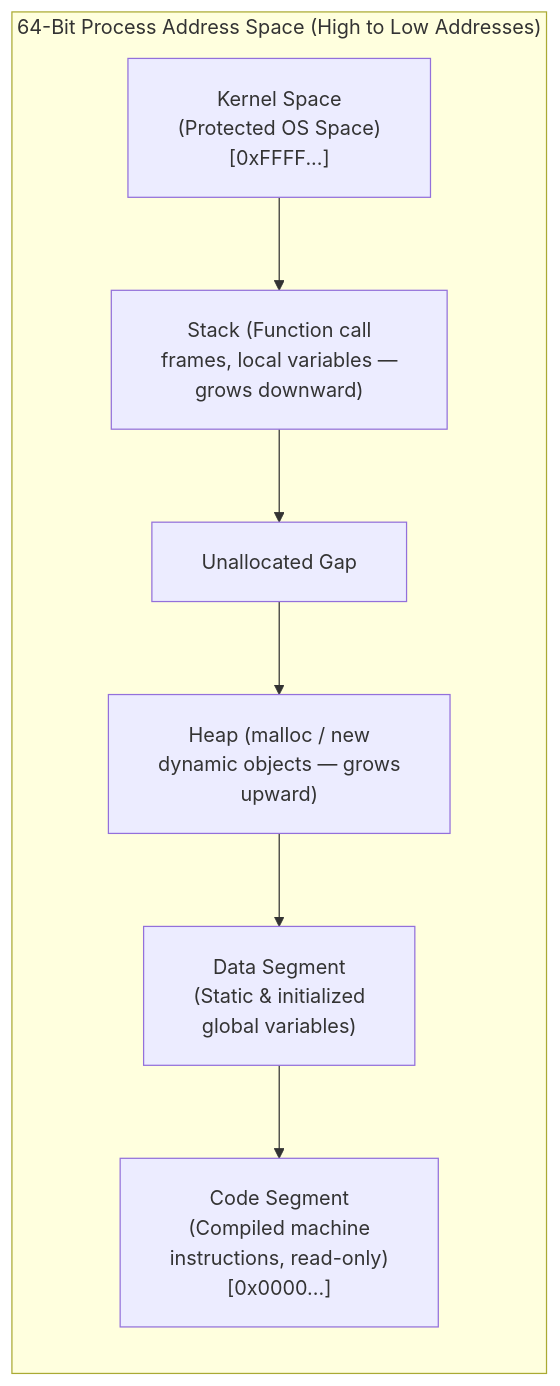
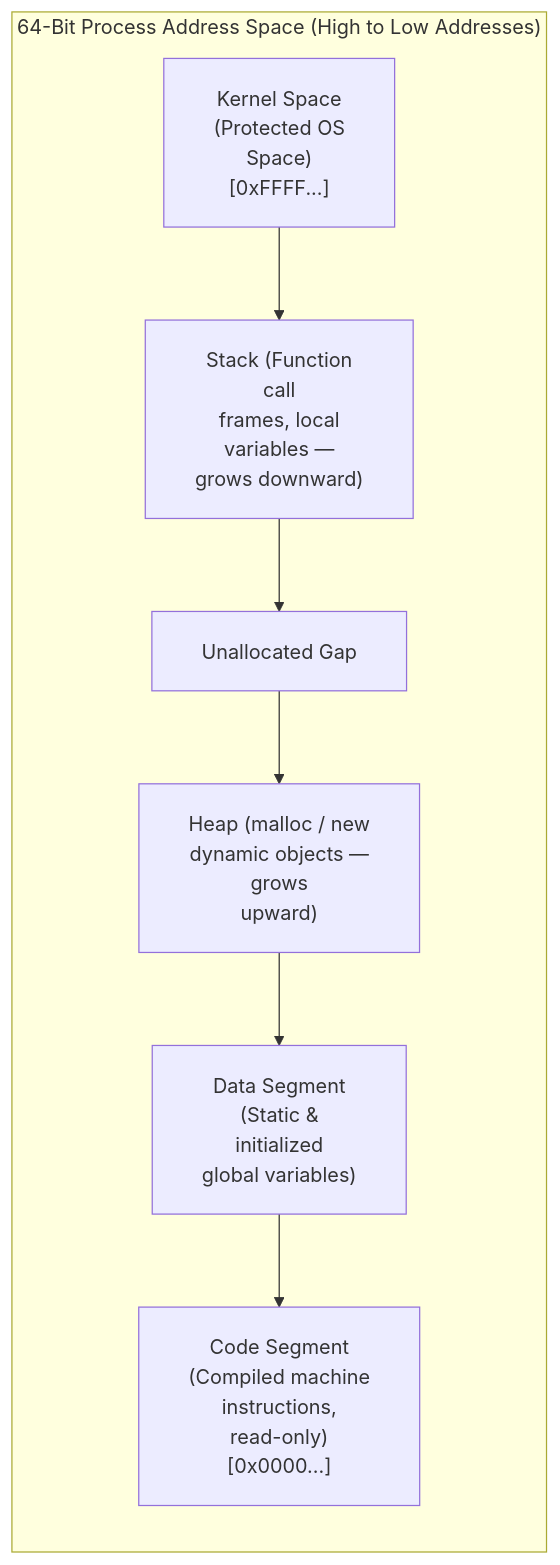
One commit to dip4k/DSA_102 changed the second of 3 diagrams in week_01_foundations_i_computational_fundamentals/Week_01_Visual_Concepts_Playbook_HYBRID.md. Above: the diagram before and after it, drawn with Mermaid. The commit also changed other lines of this file and 106 other files, not shown here.

First line of the commit message:
fix(mermaid): prevent text clipping with foreignObject overflow and tighter line wrapping

````diff
--- a/week_01_foundations_i_computational_fundamentals/Week_01_Visual_Concepts_Playbook_HYBRID.md
+++ b/week_01_foundations_i_computational_fundamentals/Week_01_Visual_Concepts_Playbook_HYBRID.md
@@ -83,14 +83,14 @@
 ```mermaid
-%%{init: {"flowchart": {"htmlLabels": true, "padding": 20}}}%%
+%%{init: {"flowchart": {"htmlLabels": true, "padding": 20}, "themeCSS": "foreignObject { overflow: visible !important; }"}}%%
 flowchart TD
     subgraph AddressSpace["64-Bit Process Address Space (High to Low Addresses)"]
         direction TB
-        K["Kernel Space<br/>(Protected OS Space)<br/>[0xFFFF...]"]
-        S["Stack (Function call<br/>frames, local variables —<br/>grows downward)"]
+        K["Kernel Space<br/>(Protected OS<br/>Space)<br/>[0xFFFF...]"]
+        S["Stack (Function<br/>call<br/>frames, local<br/>variables —<br/>grows downward)"]
         Gap["Unallocated Gap"]
-        H["Heap (malloc / new<br/>dynamic objects — grows<br/>upward)"]
-        D["Data Segment<br/>(Static & initialized<br/>global variables)"]
-        C["Code Segment<br/>(Compiled machine<br/>instructions, read-only)<br/>[0x0000...]"]
+        H["Heap (malloc / new<br/>dynamic objects —<br/>grows<br/>upward)"]
+        D["Data Segment<br/>(Static &<br/>initialized<br/>global variables)"]
+        C["Code Segment<br/>(Compiled machine<br/>instructions,<br/>read-only)<br/>[0x0000...]"]
     end
     K --> S --> Gap --> H --> D --> C
 ```
````
